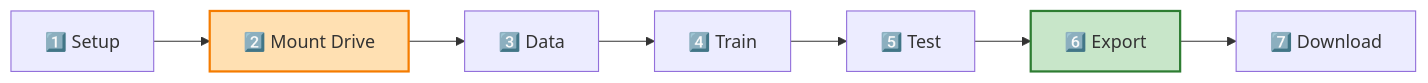
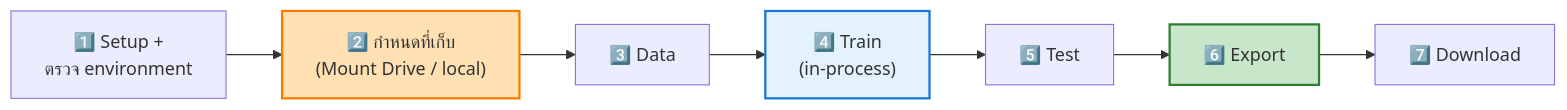
Before and after one commit to chaisit/guppyllm-workshop: the diagram in code/colab/COLAB_CELLS.md, drawn with Mermaid. The commit also changed other lines of this file and 9 other files, not shown here.

````diff
--- a/code/colab/COLAB_CELLS.md
+++ b/code/colab/COLAB_CELLS.md
@@ -11,12 +12,13 @@
 ```mermaid
 flowchart LR
-    C1["1️⃣ Setup"] --> C2["2️⃣ Mount Drive"]
+    C1["1️⃣ Setup +<br/>ตรวจ environment"] --> C2["2️⃣ กำหนดที่เก็บ<br/>(Mount Drive / local)"]
     C2 --> C3["3️⃣ Data"]
-    C3 --> C4["4️⃣ Train"]
+    C3 --> C4["4️⃣ Train<br/>(in-process)"]
     C4 --> C5["5️⃣ Test"]
     C5 --> C6["6️⃣ Export"]
     C6 --> C7["7️⃣ Download"]
 
     style C2 fill:#ffe0b2,stroke:#f57c00,stroke-width:2px
+    style C4 fill:#e3f2fd,stroke:#1976d2,stroke-width:2px
     style C6 fill:#c8e6c9,stroke:#2e7d32,stroke-width:2px
 ```
````
